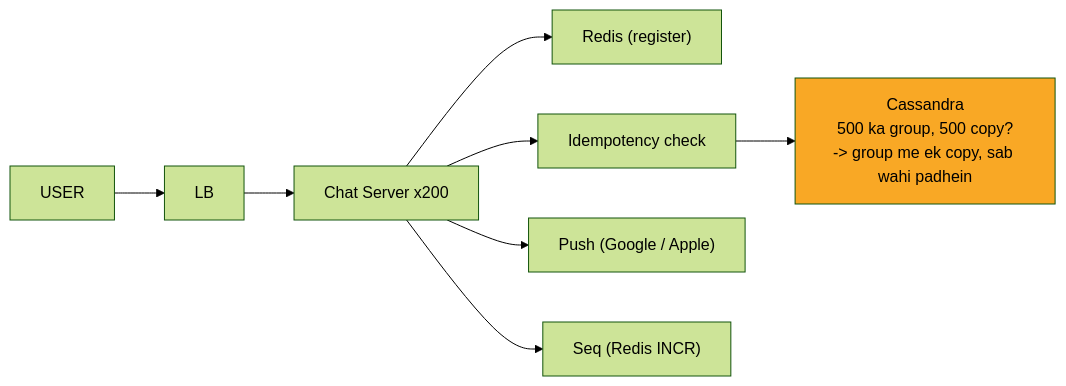
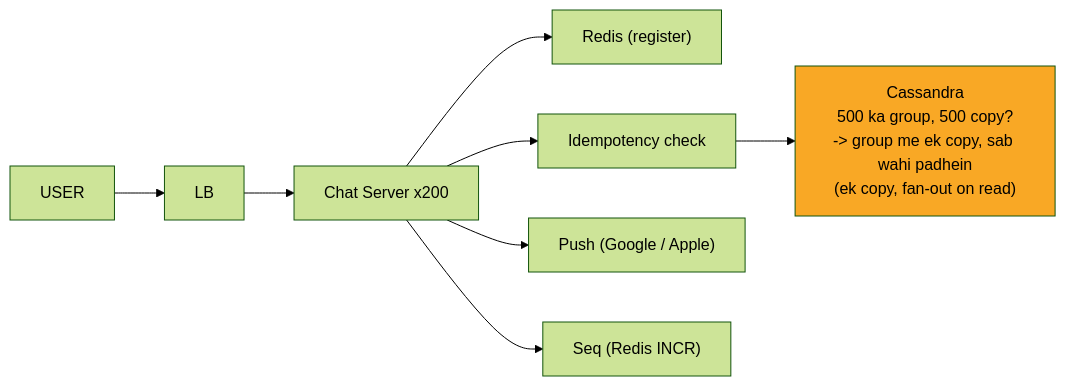
One commit to ArpanMaheshwari144/Prep changed the eighth of 12 diagrams in 04_HLD/SYSTEM_DESIGNS/14_chat_messaging/14_chat_messaging.md. Above: the diagram before and after it, drawn with Mermaid (forest theme). The commit also changed other lines of this file and 12 other files, not shown here.

````diff
--- a/04_HLD/SYSTEM_DESIGNS/14_chat_messaging/14_chat_messaging.md
+++ b/04_HLD/SYSTEM_DESIGNS/14_chat_messaging/14_chat_messaging.md
@@ -336,19 +336,19 @@
 ```mermaid
 flowchart LR
     n_U["USER"]
     n_LB["LB"]
     n_CS["Chat Server x200"]
     n_R["Redis (register)"]
     n_I["Idempotency check"]
-    n_CA["Cassandra<br/>500 ka group, 500 copy?<br/>-> group me ek copy, sab wahi padhein"]
+    n_CA["Cassandra<br/>500 ka group, 500 copy?<br/>-> group me ek copy, sab wahi padhein<br/>(ek copy, fan-out on read)"]
     n_P["Push (Google / Apple)"]
     n_SQ["Seq (Redis INCR)"]
     n_U --> n_LB
     n_LB --> n_CS
     n_CS --> n_R
     n_CS --> n_I
     n_I --> n_CA
     n_CS --> n_P
     n_CS --> n_SQ
     style n_CA fill:#f9a825,color:#000
 ```
````
